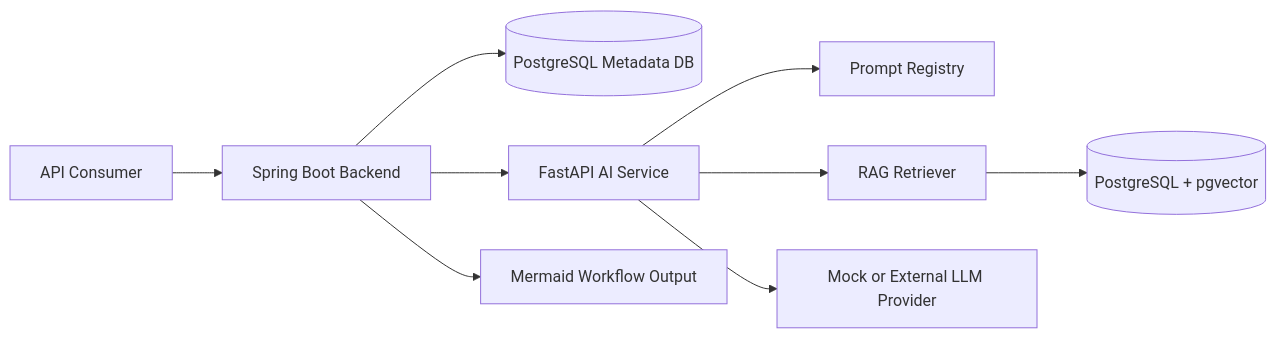
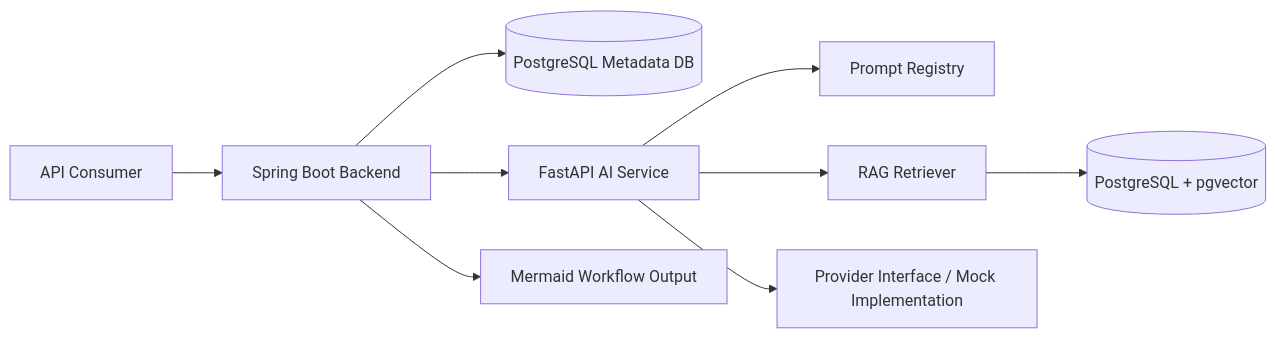
The first of 4 diagrams in docs/architecture.md (Deepudk04/flowforge-ai), drawn with Mermaid before and after one commit. The commit also changed other lines of this file and 46 other files, not shown here.

````diff
--- a/docs/architecture.md
+++ b/docs/architecture.md
@@ -7,11 +7,11 @@
 ```mermaid
 flowchart LR
     Client[API Consumer] --> Backend[Spring Boot Backend]
     Backend --> MetadataDB[(PostgreSQL Metadata DB)]
     Backend --> AI[FastAPI AI Service]
     AI --> PromptRegistry[Prompt Registry]
     AI --> Retriever[RAG Retriever]
     Retriever --> VectorDB[(PostgreSQL + pgvector)]
-    AI --> Provider[Mock or External LLM Provider]
+    AI --> Provider[Provider Interface / Mock Implementation]
     Backend --> Mermaid[Mermaid Workflow Output]
 ```
````
